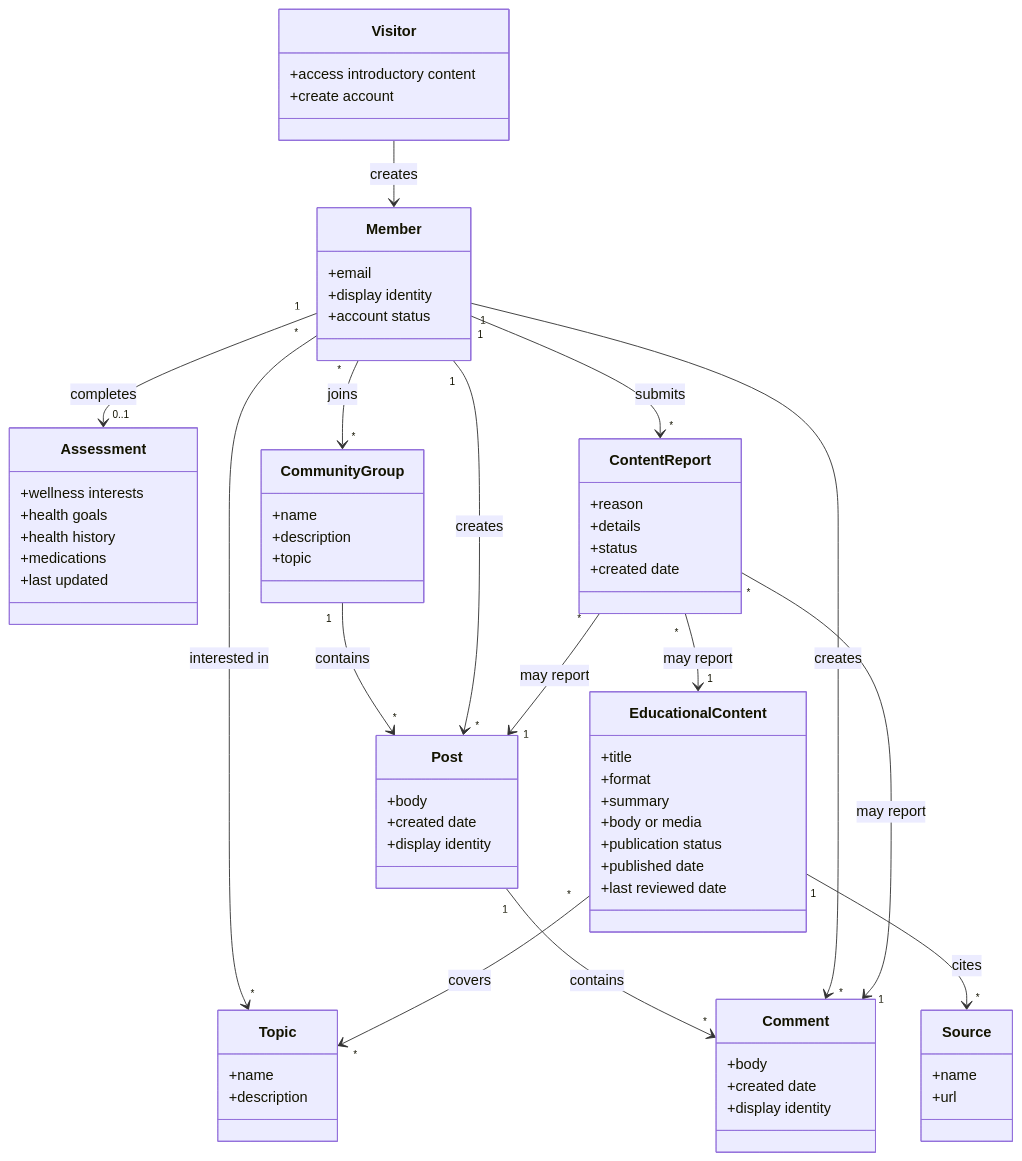
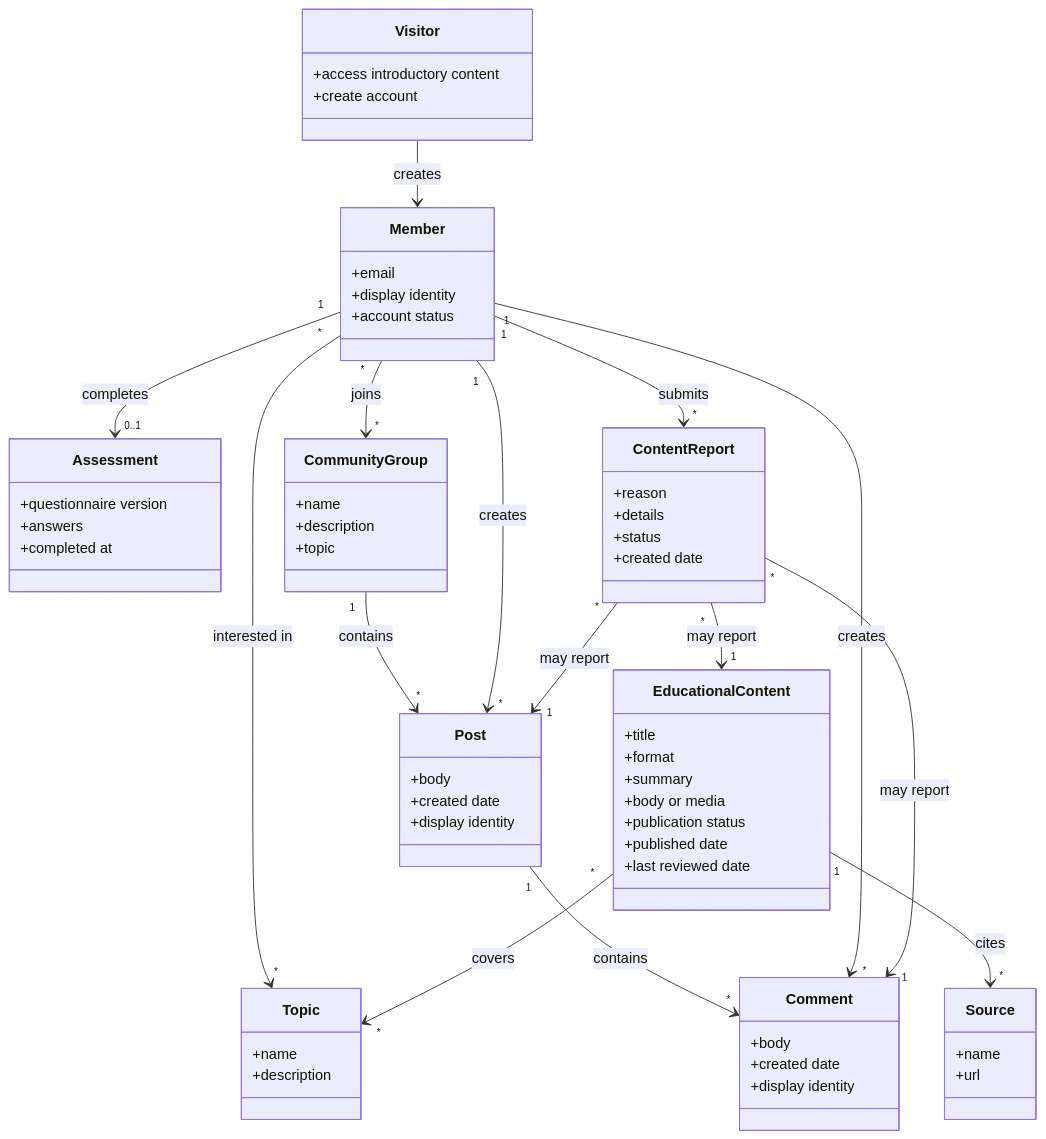
The diagram in docs/requirements/software-requirements-specification.md (eggsbenedict287/tcu-cosc-40493-capstone-well-live), drawn with Mermaid before and after one commit. The commit also changed other lines of this file and 13 other files, not shown here.

````diff
--- a/docs/requirements/software-requirements-specification.md
+++ b/docs/requirements/software-requirements-specification.md
@@ -253,81 +253,79 @@
 ```mermaid
 classDiagram
     class Visitor {
         +access introductory content
         +create account
     }
 
     class Member {
         +email
         +display identity
         +account status
     }
 
     class Assessment {
-        +wellness interests
-        +health goals
-        +health history
-        +medications
-        +last updated
+        +questionnaire version
+        +answers
+        +completed at
     }
 
     class Topic {
         +name
         +description
     }
 
     class EducationalContent {
         +title
         +format
         +summary
         +body or media
         +publication status
         +published date
         +last reviewed date
     }
 
     class Source {
         +name
         +url
     }
 
     class CommunityGroup {
         +name
         +description
         +topic
     }
 
     class Post {
         +body
         +created date
         +display identity
     }
 
     class Comment {
         +body
         +created date
         +display identity
     }
 
     class ContentReport {
         +reason
         +details
         +status
         +created date
     }
 
     Visitor --> Member : creates
     Member "1" --> "0..1" Assessment : completes
     Member "*" --> "*" Topic : interested in
     EducationalContent "*" --> "*" Topic : covers
     EducationalContent "1" --> "*" Source : cites
     Member "*" --> "*" CommunityGroup : joins
     CommunityGroup "1" --> "*" Post : contains
     Post "1" --> "*" Comment : contains
     Member "1" --> "*" Post : creates
     Member "1" --> "*" Comment : creates
     Member "1" --> "*" ContentReport : submits
     ContentReport "*" --> "1" Post : may report
     ContentReport "*" --> "1" Comment : may report
     ContentReport "*" --> "1" EducationalContent : may report
 ```
````
